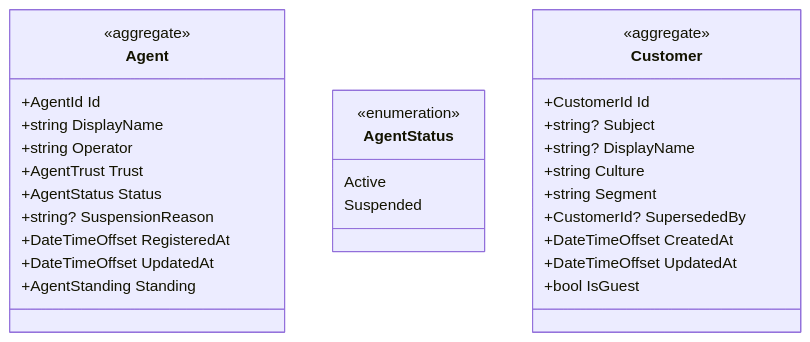
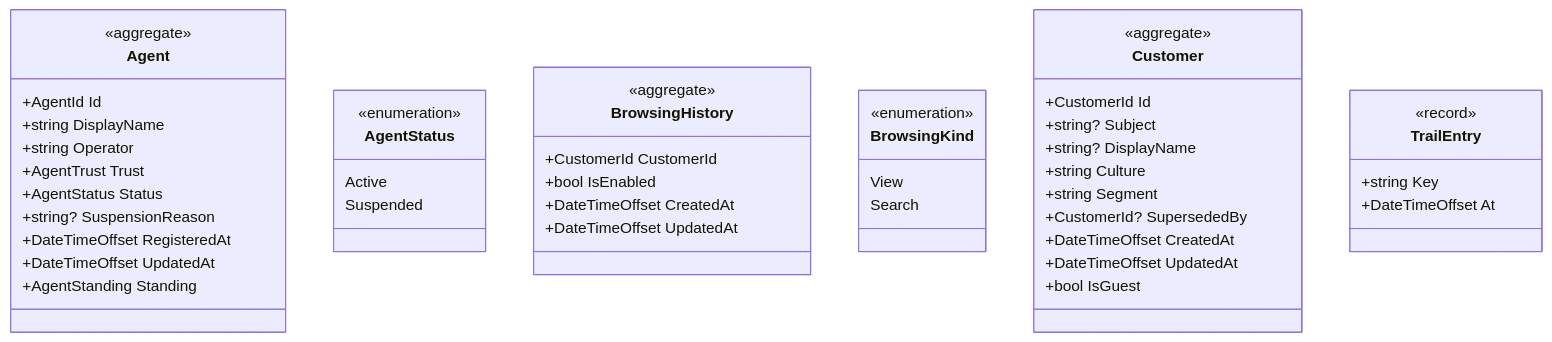
Diagram 11 of 14 in docs/domain-model.md (juanluelguerre/tendero), drawn with Mermaid before and after one commit. The commit also changed 54 other files, not shown here.

First line of the commit message:
feat: what sells, what rises, what you may like, and the customer's trail (R-8, H-3b, H-4, H-4b, H-5)

````diff
--- a/docs/domain-model.md
+++ b/docs/domain-model.md
@@ -798,32 +798,49 @@
 ```mermaid
 classDiagram
     class Agent {
         <<aggregate>>
         +AgentId Id
         +string DisplayName
         +string Operator
         +AgentTrust Trust
         +AgentStatus Status
         +string? SuspensionReason
         +DateTimeOffset RegisteredAt
         +DateTimeOffset UpdatedAt
         +AgentStanding Standing
     }
     class AgentStatus {
         <<enumeration>>
         Active
         Suspended
     }
+    class BrowsingHistory {
+        <<aggregate>>
+        +CustomerId CustomerId
+        +bool IsEnabled
+        +DateTimeOffset CreatedAt
+        +DateTimeOffset UpdatedAt
+    }
+    class BrowsingKind {
+        <<enumeration>>
+        View
+        Search
+    }
     class Customer {
         <<aggregate>>
         +CustomerId Id
         +string? Subject
         +string? DisplayName
         +string Culture
         +string Segment
         +CustomerId? SupersededBy
         +DateTimeOffset CreatedAt
         +DateTimeOffset UpdatedAt
         +bool IsGuest
     }
+    class TrailEntry {
+        <<record>>
+        +string Key
+        +DateTimeOffset At
+    }
 ```
````
